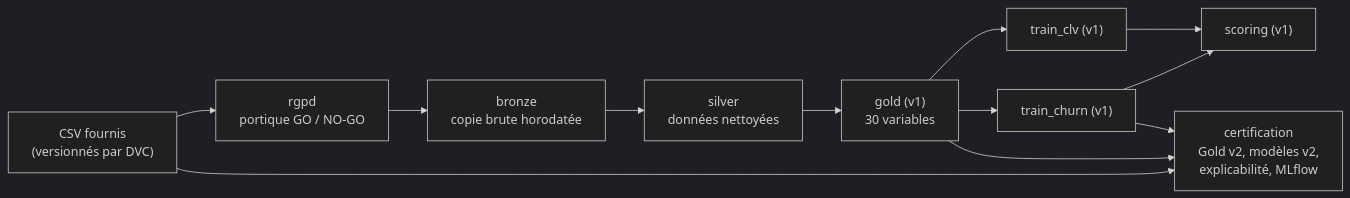
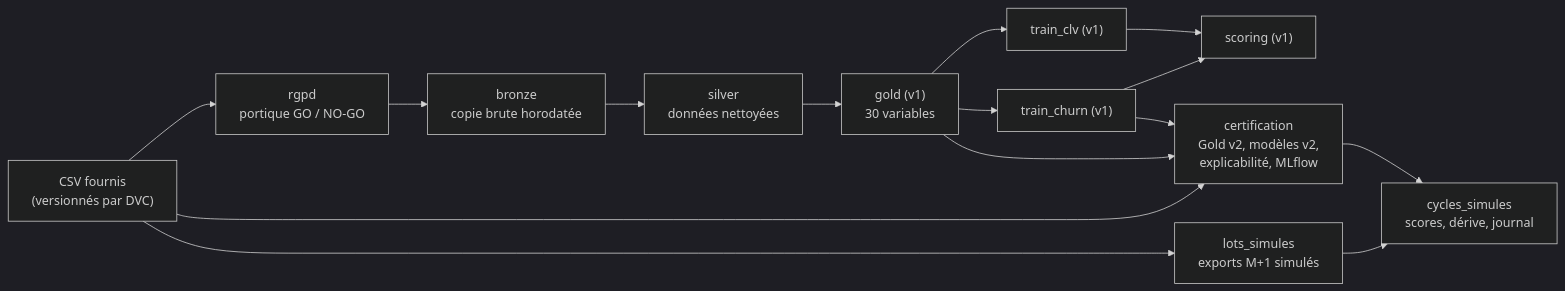
Before and after one commit to guillaumesaidani-coder/churn_saas: the diagram in docs/donnees/pipeline_et_lignage.md, drawn with Mermaid (dark theme). The commit also changed other lines of this file and 27 other files, not shown here.

First line of the commit message:
Lot 1 : production simulée, journal des scores, alerte de dérive prouvée

````diff
--- a/docs/donnees/pipeline_et_lignage.md
+++ b/docs/donnees/pipeline_et_lignage.md
@@ -18,14 +18,17 @@
 ```mermaid
 flowchart LR
     CSV["CSV fournis<br/>(versionnés par DVC)"] --> RGPD["rgpd<br/>portique GO / NO-GO"]
     RGPD --> BR["bronze<br/>copie brute horodatée"]
     BR --> SI["silver<br/>données nettoyées"]
     SI --> GO1["gold (v1)<br/>30 variables"]
     GO1 --> TC["train_churn (v1)"]
     GO1 --> TV["train_clv (v1)"]
     TC --> SC["scoring (v1)"]
     TV --> SC
     CSV --> CERT["certification<br/>Gold v2, modèles v2,<br/>explicabilité, MLflow"]
     GO1 --> CERT
     TC --> CERT
+    CSV --> LOTS["lots_simules<br/>exports M+1 simulés"]
+    LOTS --> CYC["cycles_simules<br/>scores, dérive, journal"]
+    CERT --> CYC
 ```
````
